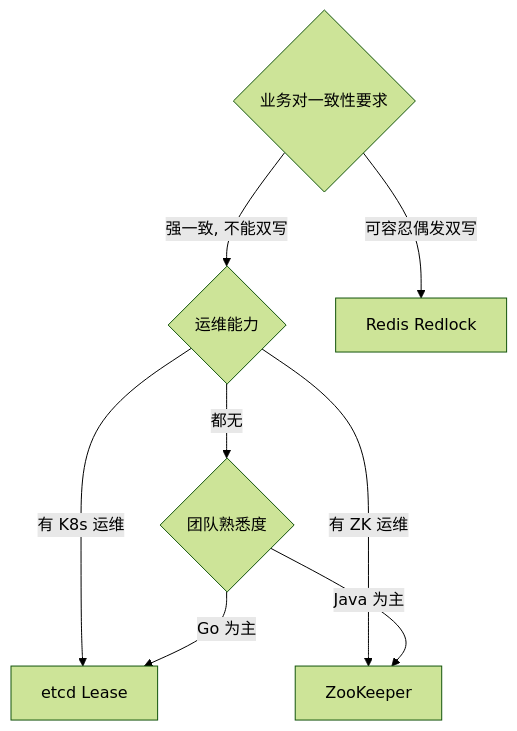
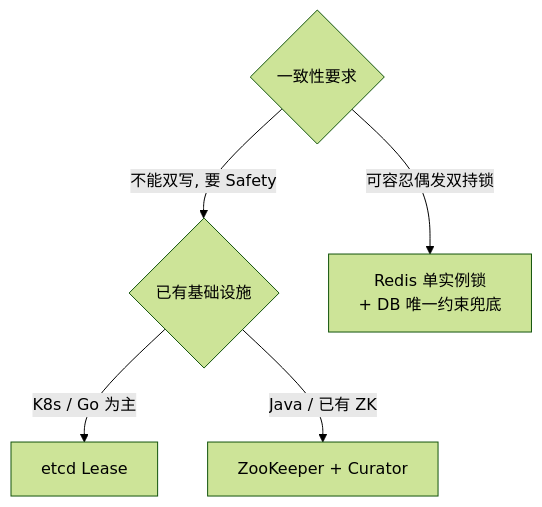
One commit to tanteng/blog changed the fourth of 4 diagrams in content/posts/distributed-lock-comparison.md. Above: the diagram before and after it, drawn with Mermaid (forest theme). The commit also changed other lines of this file, not shown here.

First line of the commit message:
docs: 精简分布式锁对比文章并修正 Redlock 表述

````diff
--- a/content/posts/distributed-lock-comparison.md
+++ b/content/posts/distributed-lock-comparison.md
@@ -316,11 +193,8 @@
 ```mermaid
 graph TD
-    Q1{业务对一致性要求}
-    Q1 -->|强一致, 不能双写| Q2{运维能力}
-    Q1 -->|可容忍偶发双写| Q3[Redis Redlock]
-    Q2 -->|有 K8s 运维| ETCD[etcd Lease]
-    Q2 -->|有 ZK 运维| ZK[ZooKeeper]
-    Q2 -->|都无| Q4{团队熟悉度}
-    Q4 -->|Go 为主| ETCD
-    Q4 -->|Java 为主| ZK
+    Q1{一致性要求}
+    Q1 -->|不能双写, 要 Safety| Q2{已有基础设施}
+    Q1 -->|可容忍偶发双持锁| REDIS["Redis 单实例锁<br/>+ DB 唯一约束兜底"]
+    Q2 -->|K8s / Go 为主| ETCD[etcd Lease]
+    Q2 -->|Java / 已有 ZK| ZK[ZooKeeper + Curator]
 ```
````
